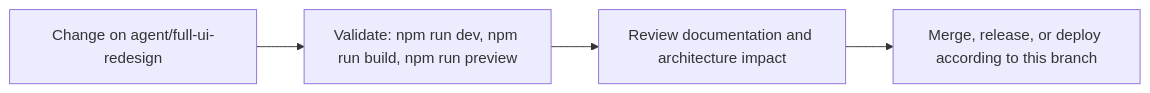
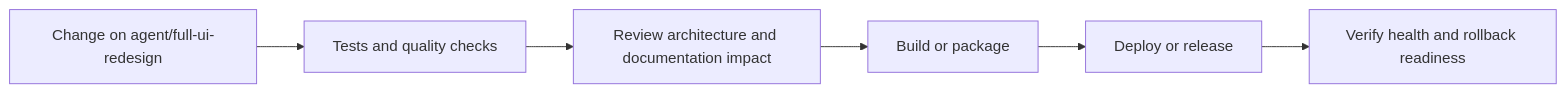
The fourth of 5 diagrams in README.md (Nischhalsubba/Napiyo), drawn with Mermaid before and after one commit. The commit also changed other lines of this file, not shown here.

````diff
--- a/README.md
+++ b/README.md
@@ -70,8 +148,8 @@
 ```mermaid
 flowchart LR
-    CHANGE["Change on agent/full-ui-redesign"]
-    CHECK["Validate: npm run dev, npm run build, npm run preview"]
-    REVIEW["Review documentation and architecture impact"]
-    RELEASE["Merge, release, or deploy according to this branch"]
-    CHANGE --> CHECK --> REVIEW --> RELEASE
+    CHANGE["Change on agent/full-ui-redesign"] --> CHECK["Tests and quality checks"]
+    CHECK --> REVIEW["Review architecture and documentation impact"]
+    REVIEW --> BUILD["Build or package"]
+    BUILD --> DEPLOY["Deploy or release"]
+    DEPLOY --> VERIFY["Verify health and rollback readiness"]
 ```
````
